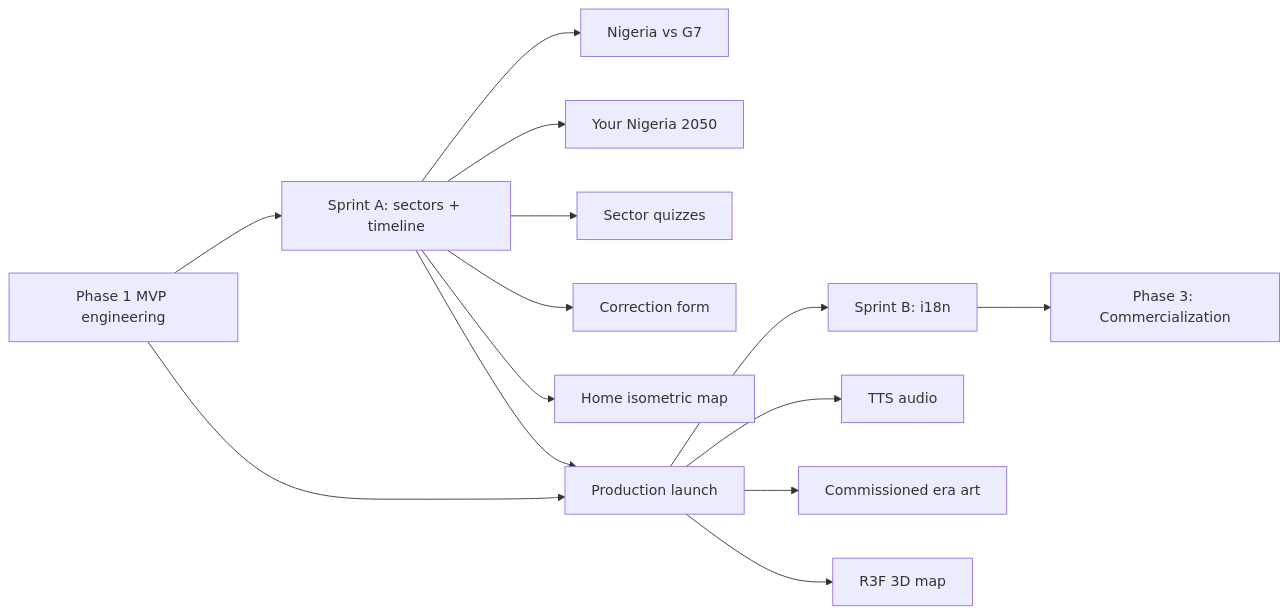
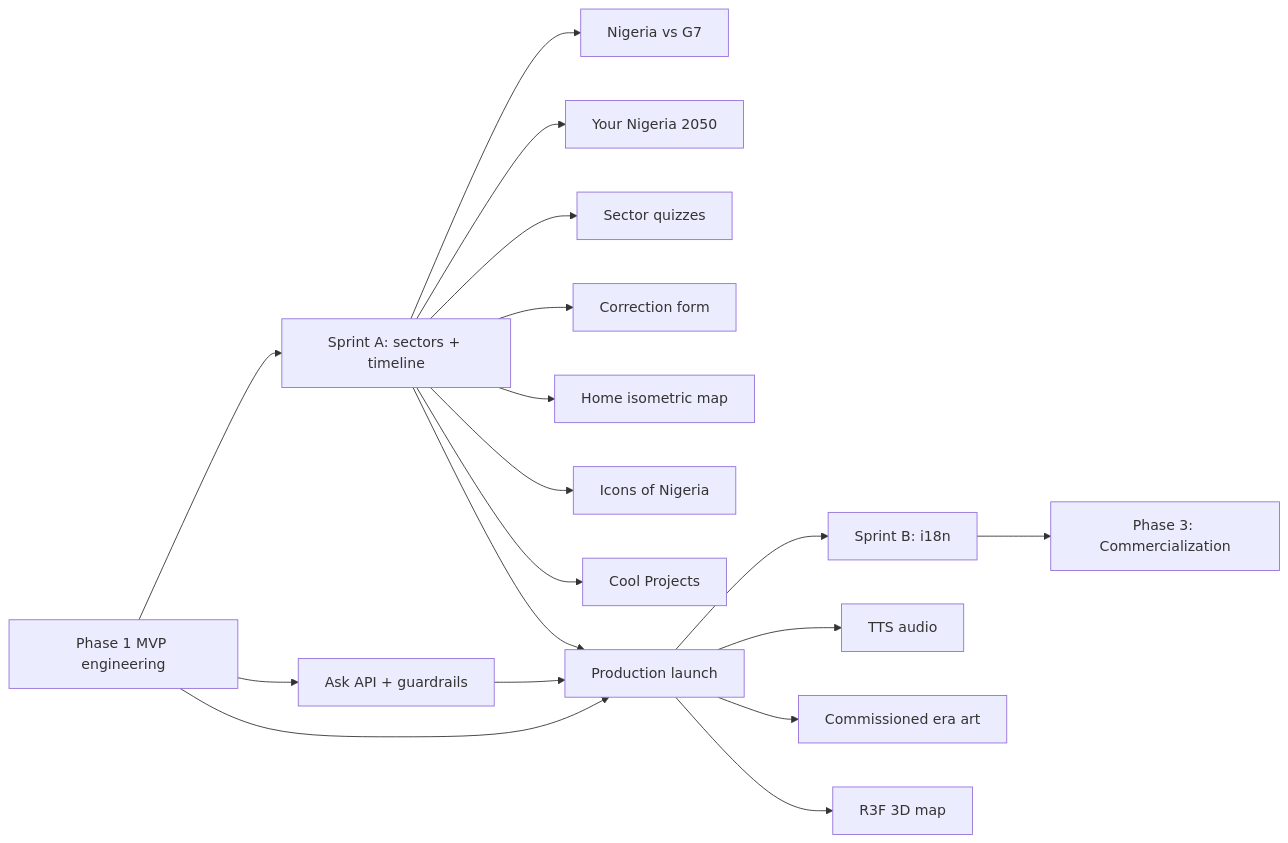
The diagram in docs/BUILD_PLAN.md (samosho92/nigeria-2050), drawn with Mermaid before and after one commit. The commit also changed other lines of this file and 52 other files, not shown here.

````diff
--- a/docs/BUILD_PLAN.md
+++ b/docs/BUILD_PLAN.md
@@ -354,30 +394,37 @@
 ```mermaid
 flowchart LR
   P1[Phase 1 MVP engineering]
   A[Sprint A: sectors + timeline]
   G7[Nigeria vs G7]
   Y[Your Nigeria 2050]
   Q[Sector quizzes]
   C[Correction form]
   M[Home isometric map]
+  I[Icons of Nigeria]
+  P[Cool Projects]
+  Ask[Ask API + guardrails]
   Launch[Production launch]
   B[Sprint B: i18n]
   Audio[TTS audio]
   Art[Commissioned era art]
   R3F[R3F 3D map]
   P3[Phase 3: Commercialization]
 
   P1 --> A
   A --> G7
   A --> Y
   A --> Q
   A --> C
   A --> M
+  A --> I
+  A --> P
+  P1 --> Ask
   P1 --> Launch
   A --> Launch
+  Ask --> Launch
   Launch --> B
   Launch --> Audio
   Launch --> Art
   Launch --> R3F
   B --> P3
 ```
````
